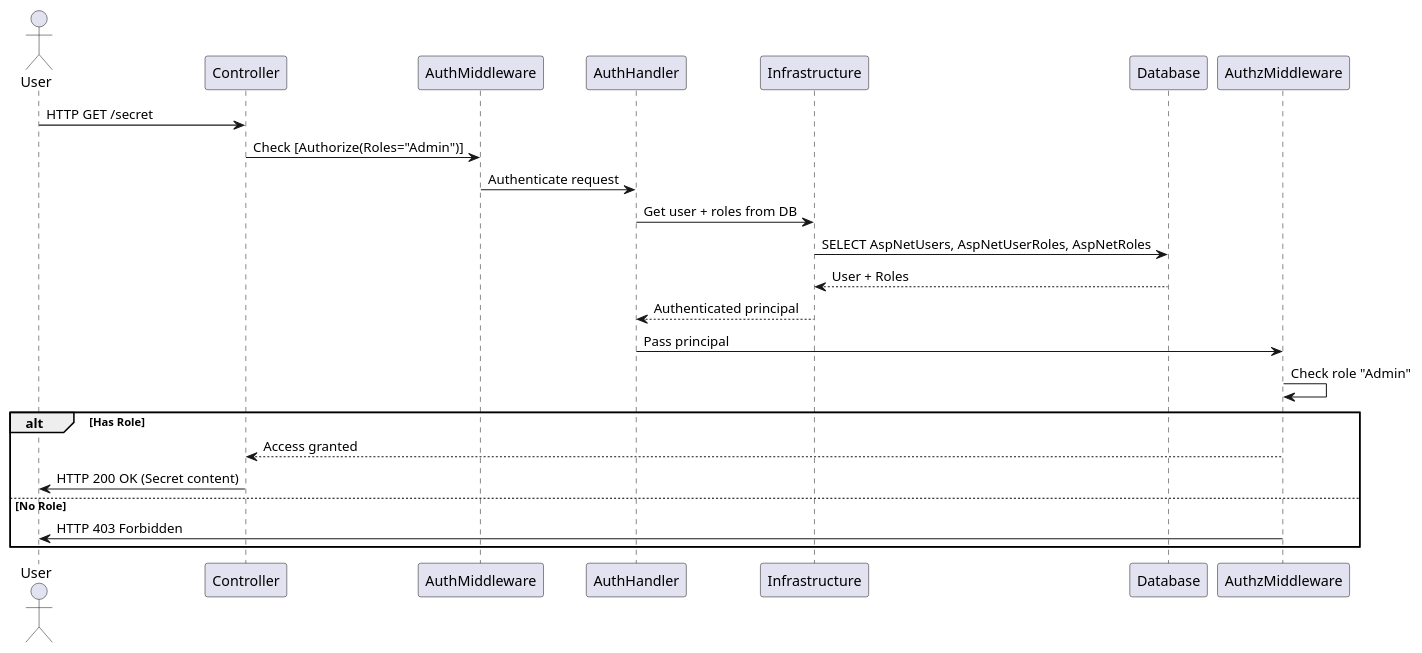
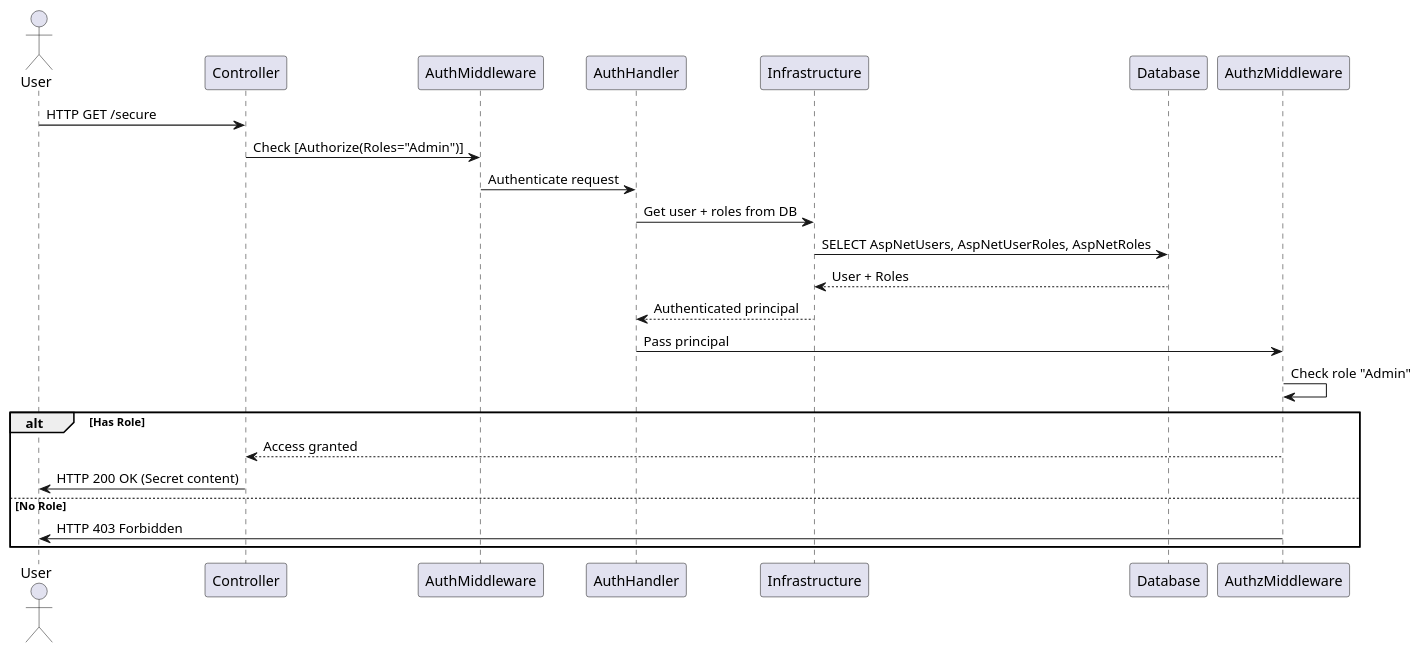
The third of 3 diagrams in LmsMini.Api/docs/identity/Identity_Step_by_Step.md (SokKimThanh/LmsMini), drawn with PlantUML before and after one commit. The commit also changed other lines of this file, not shown here.

````diff
--- a/LmsMini.Api/docs/identity/Identity_Step_by_Step.md
+++ b/LmsMini.Api/docs/identity/Identity_Step_by_Step.md
@@ -573,20 +370,20 @@
 ```plantuml
 @startuml
 actor User
-User -> Controller : HTTP GET /secret
+User -> Controller : HTTP GET /secure
 Controller -> AuthMiddleware : Check [Authorize(Roles="Admin")]
 AuthMiddleware -> AuthHandler : Authenticate request
 AuthHandler -> Infrastructure : Get user + roles from DB
 Infrastructure -> Database : SELECT AspNetUsers, AspNetUserRoles, AspNetRoles
 Database --> Infrastructure : User + Roles
 Infrastructure --> AuthHandler : Authenticated principal
 AuthHandler -> AuthzMiddleware : Pass principal
 AuthzMiddleware -> AuthzMiddleware : Check role "Admin"
 alt Has Role
     AuthzMiddleware --> Controller : Access granted
     Controller -> User : HTTP 200 OK (Secret content)
 else No Role
     AuthzMiddleware -> User : HTTP 403 Forbidden
 end
 @enduml
 ```
````
